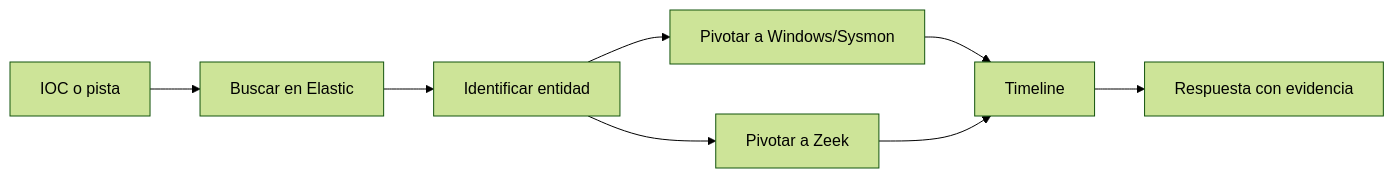
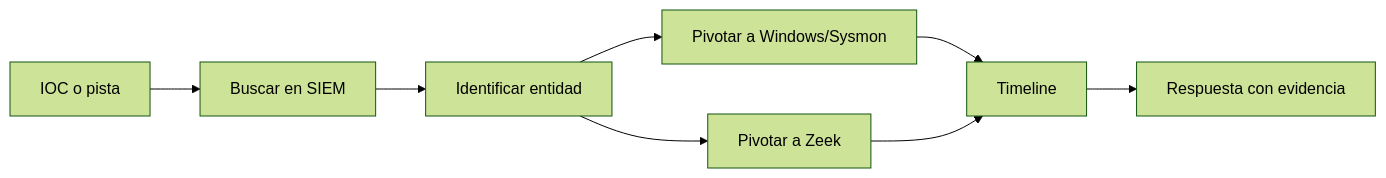
One commit to Serch1102/nucleo-tecnico changed the diagram in Blue-Team/CDSA/02-checklist-hunting-elastic-windows-zeek.md. Above: the diagram before and after it, drawn with Mermaid (forest theme). The commit also changed other lines of this file and 7 other files, not shown here.

````diff
--- a/Blue-Team/CDSA/02-checklist-hunting-elastic-windows-zeek.md
+++ b/Blue-Team/CDSA/02-checklist-hunting-elastic-windows-zeek.md
@@ -80,10 +91,10 @@
 ```mermaid
 flowchart LR
-  A["IOC o pista"] --> B["Buscar en Elastic"]
+  A["IOC o pista"] --> B["Buscar en SIEM"]
   B --> C["Identificar entidad"]
   C --> D["Pivotar a Windows/Sysmon"]
   C --> E["Pivotar a Zeek"]
   D --> F["Timeline"]
   E --> F
   F --> G["Respuesta con evidencia"]
 ```
````
